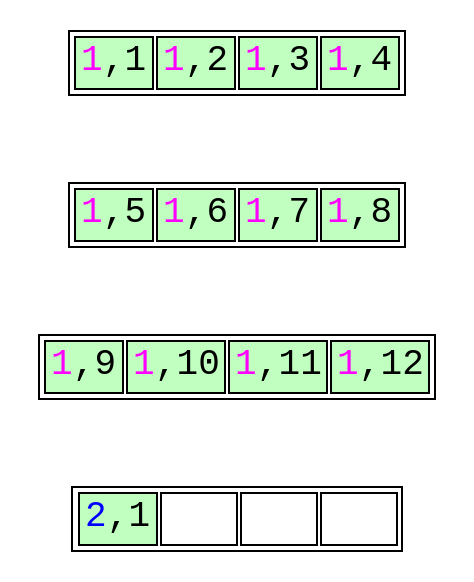
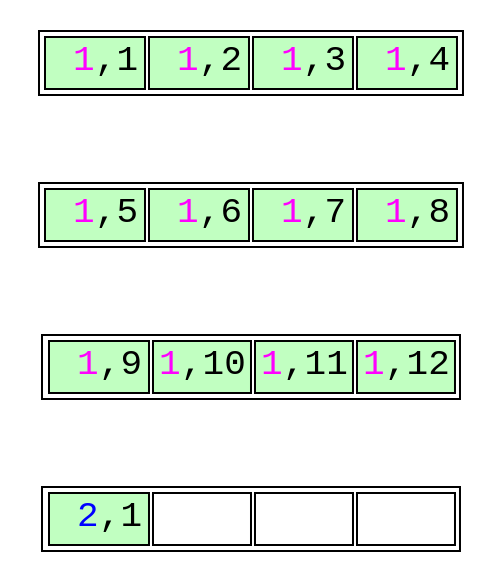
The diagram in optimized-leaf-page-split-3.dot (petergeoghegan/pg_query_internals), drawn with Graphviz before and after one commit. The commit also changed 2 other files, not shown here.

```diff
--- a/optimized-leaf-page-split-3.dot
+++ b/optimized-leaf-page-split-3.dot
@@ -1,64 +1,64 @@
 // Example B-Tree graph
 //
 // Breadth-first order
 //
 // Start from root, go left to right
 //
 // Workflow:
 //
 // $ dot -T svg btree.dot -o btree.svg;
 
 digraph nbtree {
 graph [fontname = "monospace"];
 node [shape = none,height=.1,fontname = "monospace",fontsize=18];
 // Level 0 (leaf level)
 leafnode_2[ label=<<table>
                     <tr>
-                        <td bgcolor='darkseagreen1' port="t2"><font color="magenta">1</font>,1</td>
-                        <td bgcolor='darkseagreen1' port="t3"><font color="magenta">1</font>,2</td>
-                        <td bgcolor='darkseagreen1' port="t4"><font color="magenta">1</font>,3</td>
-                        <td bgcolor='darkseagreen1' port="t4"><font color="magenta">1</font>,4</td>
+                        <td bgcolor='darkseagreen1' port="t2"> <font color="magenta">1</font>,1</td>
+                        <td bgcolor='darkseagreen1' port="t3"> <font color="magenta">1</font>,2</td>
+                        <td bgcolor='darkseagreen1' port="t4"> <font color="magenta">1</font>,3</td>
+                        <td bgcolor='darkseagreen1' port="t4"> <font color="magenta">1</font>,4</td>
                     </tr>
                 </table>
                >
         ];
 edge[style=invis];
 "leafnode_2" -> "leafnode_3"
 leafnode_3[ label=<<table>
                     <tr>
-                        <td bgcolor='darkseagreen1' port="t4"><font color="magenta">1</font>,5</td>
-                        <td bgcolor='darkseagreen1' port="t4"><font color="magenta">1</font>,6</td>
-                        <td bgcolor='darkseagreen1' port="t4"><font color="magenta">1</font>,7</td>
-                        <td bgcolor='darkseagreen1' port="t4"><font color="magenta">1</font>,8</td>
+                        <td bgcolor='darkseagreen1' port="t4"> <font color="magenta">1</font>,5</td>
+                        <td bgcolor='darkseagreen1' port="t4"> <font color="magenta">1</font>,6</td>
+                        <td bgcolor='darkseagreen1' port="t4"> <font color="magenta">1</font>,7</td>
+                        <td bgcolor='darkseagreen1' port="t4"> <font color="magenta">1</font>,8</td>
                     </tr>
                 </table>
                >
         ];
 edge[style=invis];
 "leafnode_3" -> "leafnode_4"
 leafnode_4[ label=<<table>
                     <tr>
-                        <td bgcolor='darkseagreen1' port="t4"><font color="magenta">1</font>,9</td>
+                        <td bgcolor='darkseagreen1' port="t4"> <font color="magenta">1</font>,9</td>
                         <td bgcolor='darkseagreen1' port="t4"><font color="magenta">1</font>,10</td>
                         <td bgcolor='darkseagreen1' port="t4"><font color="magenta">1</font>,11</td>
                         <td bgcolor='darkseagreen1' port="t4"><font color="magenta">1</font>,12</td>
                     </tr>
                 </table>
                >
         ];
 edge[style=invis];
 "leafnode_4" -> "leafnode_5"
 leafnode_5[ label=<<table>
                     <tr>
-                        <td bgcolor='darkseagreen1' port="t4"><font color="blue">2</font>,1</td>
-                        <td bgcolor='white' port="t3">   </td>
-                        <td bgcolor='white' port="t3">   </td>
-                        <td bgcolor='white' port="t3">   </td>
+                        <td bgcolor='darkseagreen1' port="t4"> <font color="blue">2</font>,1</td>
+                        <td bgcolor='white' port="t3">    </td>
+                        <td bgcolor='white' port="t3">    </td>
+                        <td bgcolor='white' port="t3">    </td>
                     </tr>
                 </table>
                >
         ];
 //Force alignment from root to internal to leaf levels:
 //edge[style=invis];
 //"rootnode":d1 -> "leafnode_2":t2
 }
```
